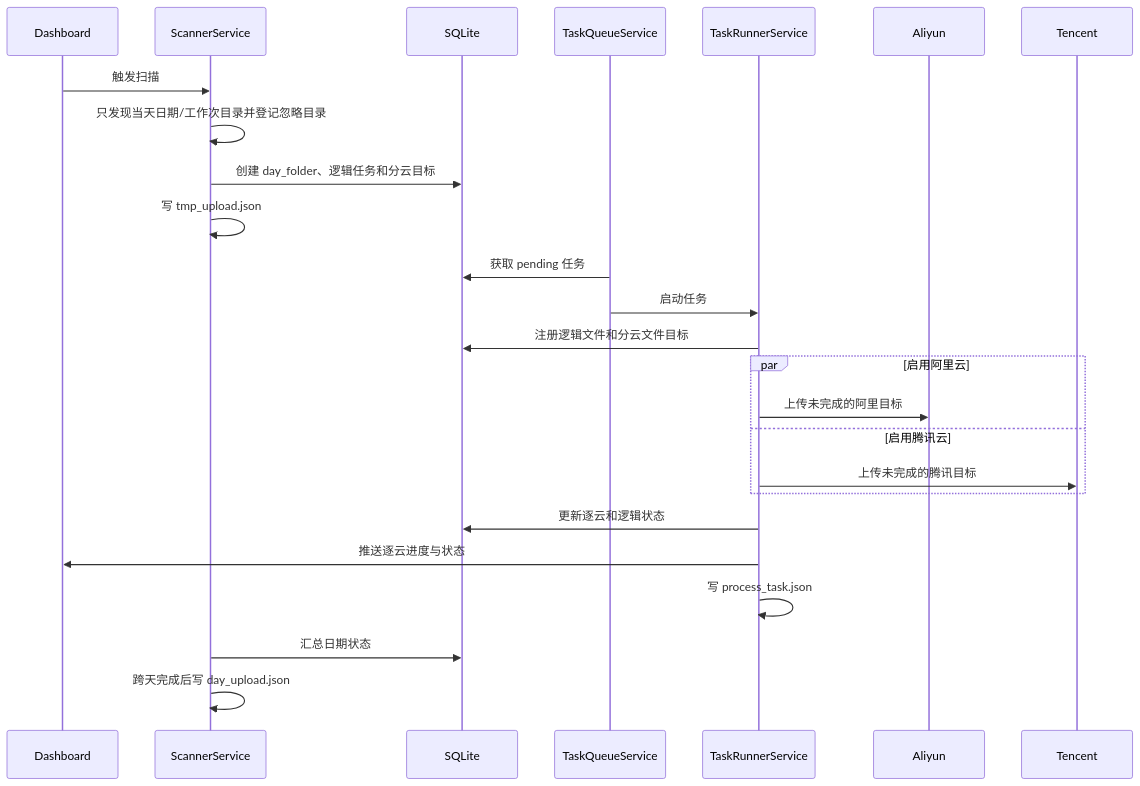
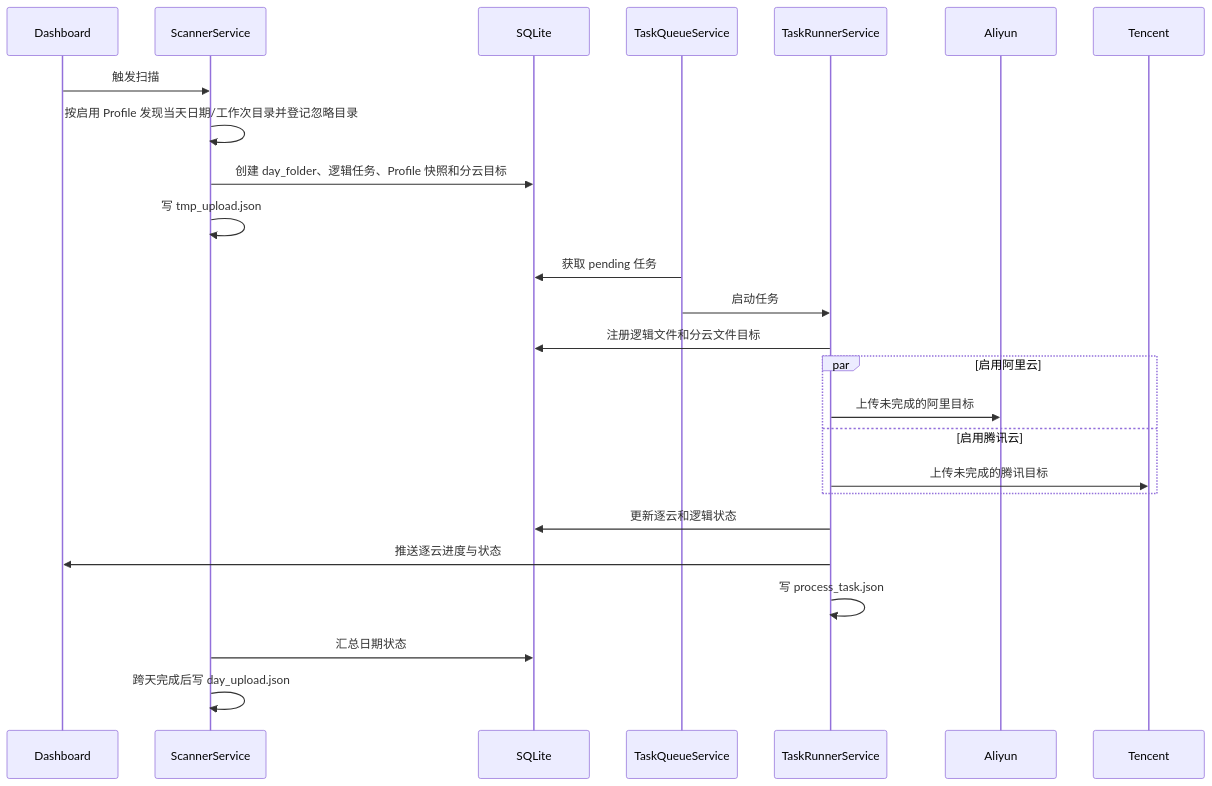
The first of 2 diagrams in docs/architecture/data-flow.md (MzKyle/Auto-Upload-Studio), drawn with Mermaid before and after one commit. The commit also changed other lines of this file and 31 other files, not shown here.

````diff
--- a/docs/architecture/data-flow.md
+++ b/docs/architecture/data-flow.md
@@ -5,28 +5,28 @@
 ```mermaid
 sequenceDiagram
   participant UI as Dashboard
   participant Scanner as ScannerService
   participant DB as SQLite
   participant Queue as TaskQueueService
   participant Runner as TaskRunnerService
   participant Ali as Aliyun
   participant Tencent as Tencent
 
   UI->>Scanner: 触发扫描
-  Scanner->>Scanner: 只发现当天日期/工作次目录并登记忽略目录
-  Scanner->>DB: 创建 day_folder、逻辑任务和分云目标
+  Scanner->>Scanner: 按启用 Profile 发现当天日期/工作次目录并登记忽略目录
+  Scanner->>DB: 创建 day_folder、逻辑任务、Profile 快照和分云目标
   Scanner->>Scanner: 写 tmp_upload.json
   Queue->>DB: 获取 pending 任务
   Queue->>Runner: 启动任务
   Runner->>DB: 注册逻辑文件和分云文件目标
   par 启用阿里云
     Runner->>Ali: 上传未完成的阿里目标
   and 启用腾讯云
     Runner->>Tencent: 上传未完成的腾讯目标
   end
   Runner->>DB: 更新逐云和逻辑状态
   Runner->>UI: 推送逐云进度与状态
   Runner->>Runner: 写 process_task.json
   Scanner->>DB: 汇总日期状态
   Scanner->>Scanner: 跨天完成后写 day_upload.json
 ```
````
